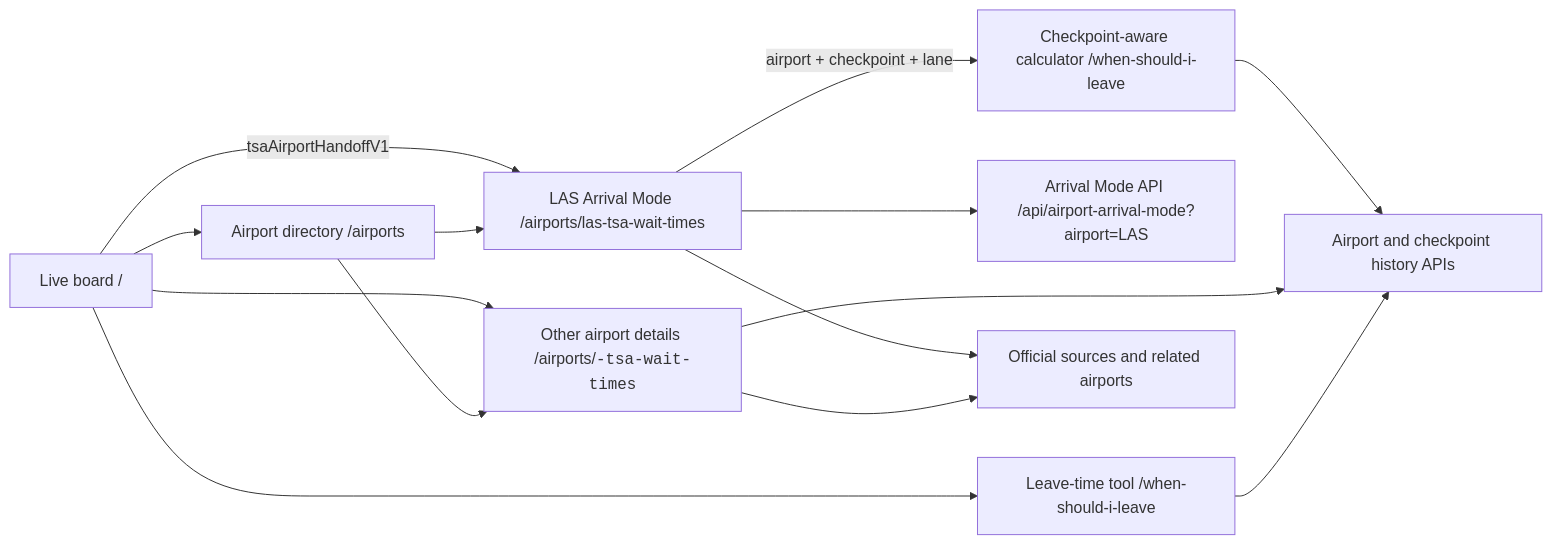
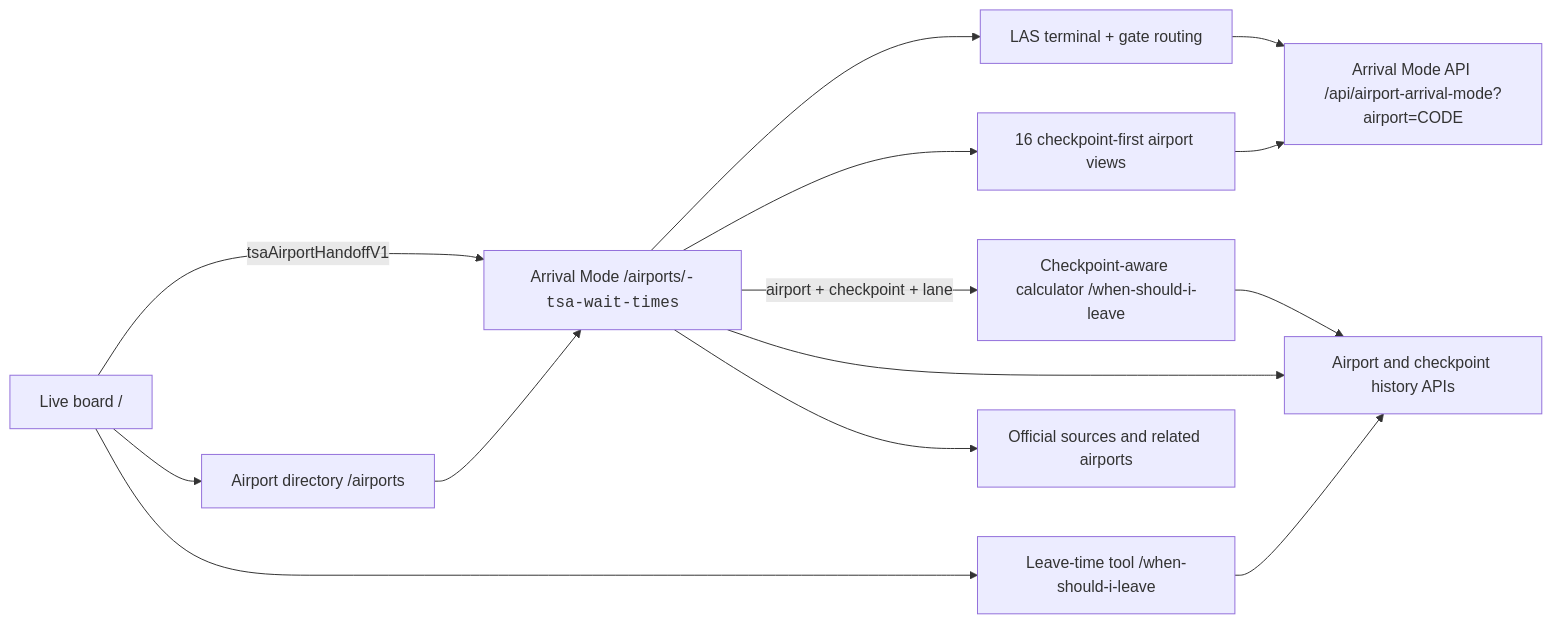
One commit to benbirkhahn/Tsatracker.com changed the diagram in docs/wayfinding-atlas-redesign.md. Above: the diagram before and after it, drawn with Mermaid. The commit also changed other lines of this file and 7 other files, not shown here.

Commit message:
Expand Arrival Mode to all tracked airports

````diff
--- a/docs/wayfinding-atlas-redesign.md
+++ b/docs/wayfinding-atlas-redesign.md
@@ -48,16 +49,16 @@
 ```mermaid
 flowchart LR
-  Home["Live board /"] -->|"tsaAirportHandoffV1"| LAS["LAS Arrival Mode /airports/las-tsa-wait-times"]
-  Home --> Airport["Other airport details /airports/<code>-tsa-wait-times"]
+  Home["Live board /"] -->|"tsaAirportHandoffV1"| Arrival["Arrival Mode /airports/<code>-tsa-wait-times"]
   Home --> Directory["Airport directory /airports"]
   Home --> Calculator["Leave-time tool /when-should-i-leave"]
-  Directory --> Airport
-  Directory --> LAS
-  LAS --> ArrivalAPI["Arrival Mode API /api/airport-arrival-mode?airport=LAS"]
-  LAS -->|"airport + checkpoint + lane"| CheckpointCalculator["Checkpoint-aware calculator /when-should-i-leave"]
+  Directory --> Arrival
+  Arrival --> LAS["LAS terminal + gate routing"]
+  Arrival --> Generic["16 checkpoint-first airport views"]
+  LAS --> ArrivalAPI["Arrival Mode API /api/airport-arrival-mode?airport=CODE"]
+  Generic --> ArrivalAPI
+  Arrival -->|"airport + checkpoint + lane"| CheckpointCalculator["Checkpoint-aware calculator /when-should-i-leave"]
   CheckpointCalculator --> History["Airport and checkpoint history APIs"]
-  Airport --> History["Airport and checkpoint history APIs"]
+  Arrival --> History
   Calculator --> History
-  LAS --> Guides["Official sources and related airports"]
-  Airport --> Guides["Official sources and related airports"]
+  Arrival --> Guides["Official sources and related airports"]
 ```
````
